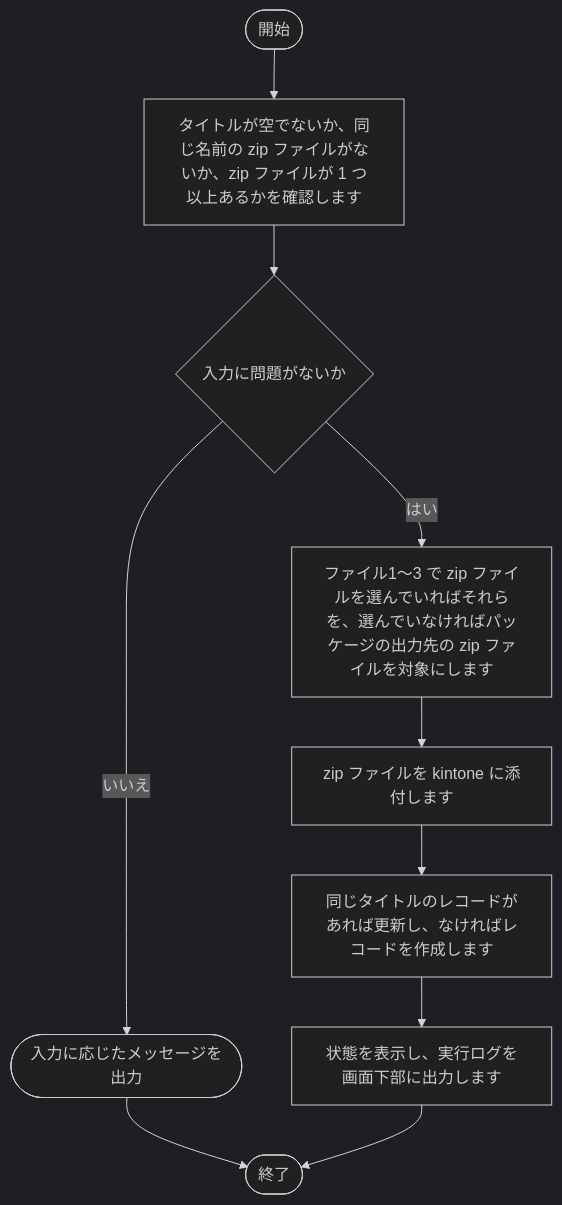
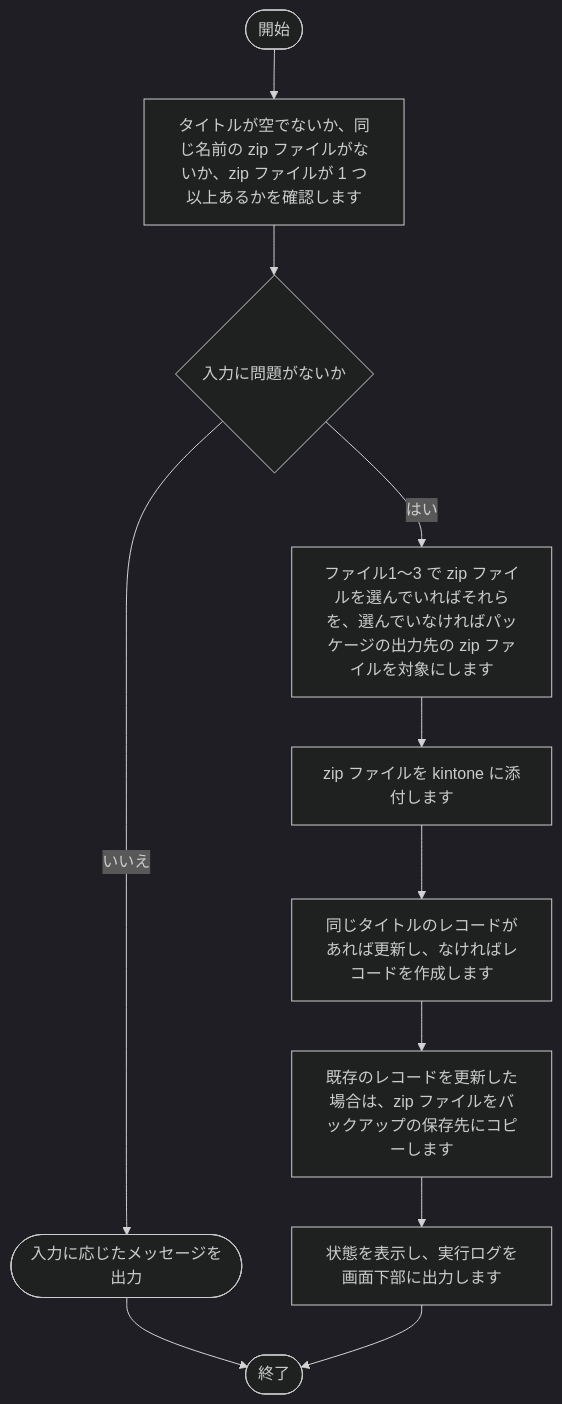
The third of 13 diagrams in tool/package-generator/doc/02_設計/処理フロー.md (nishida2073/project_management), drawn with Mermaid (dark theme) before and after one commit. The commit also changed other lines of this file and 3 other files, not shown here.

````diff
--- a/tool/package-generator/doc/02_設計/処理フロー.md
+++ b/tool/package-generator/doc/02_設計/処理フロー.md
@@ -103,21 +104,23 @@
 ```mermaid
 flowchart TD
     S(["開始"])
     E(["終了"])
     N1["タイトルが空でないか、同じ名前の zip ファイルがないか、zip ファイルが 1 つ以上あるかを確認します"]
     S --> N1
     N2{"入力に問題がないか"}
     N1 --> N2
     X1(["入力に応じたメッセージを出力"])
     N2 -- いいえ --> X1
     X1 --> E
     N3["ファイル1〜3 で zip ファイルを選んでいればそれらを、選んでいなければパッケージの出力先の zip ファイルを対象にします"]
     N2 -- はい --> N3
     N4["zip ファイルを kintone に添付します"]
     N3 --> N4
     N5["同じタイトルのレコードがあれば更新し、なければレコードを作成します"]
     N4 --> N5
+    N5B["既存のレコードを更新した場合は、zip ファイルをバックアップの保存先にコピーします"]
+    N5 --> N5B
     N6["状態を表示し、実行ログを画面下部に出力します"]
-    N5 --> N6
+    N5B --> N6
     N6 --> E
 ```
````
